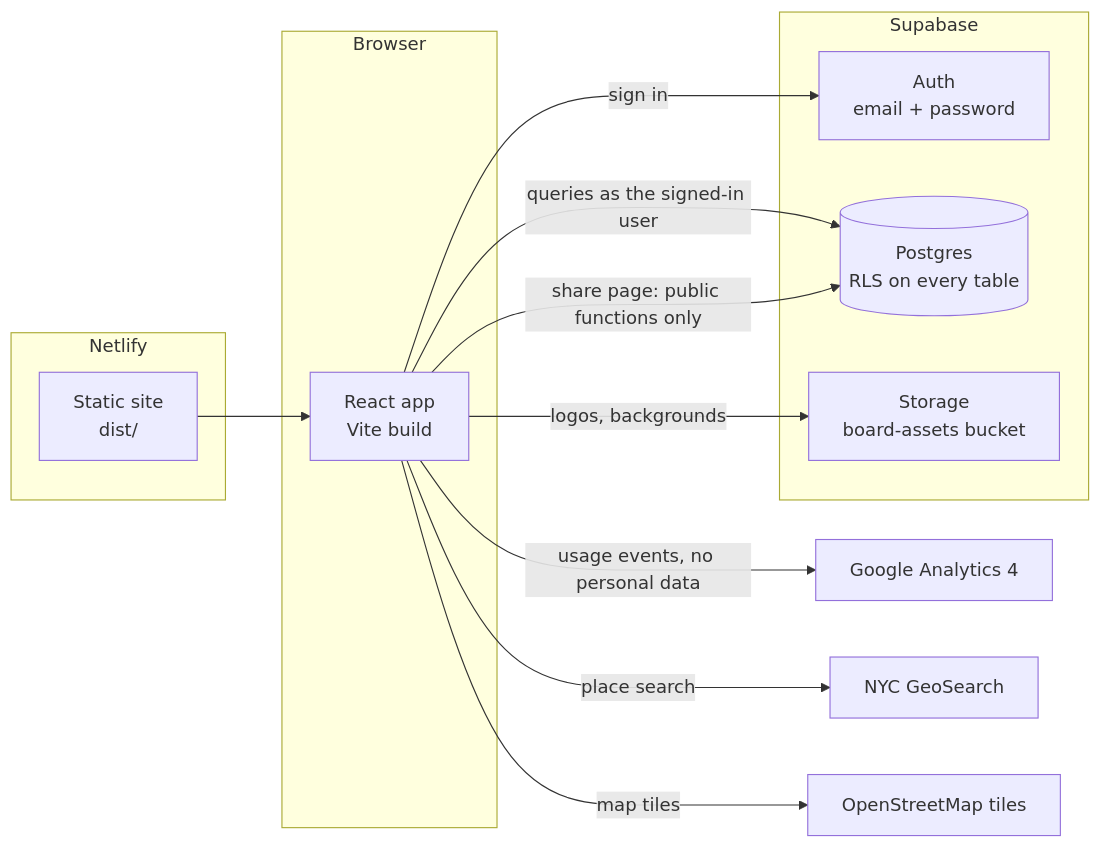
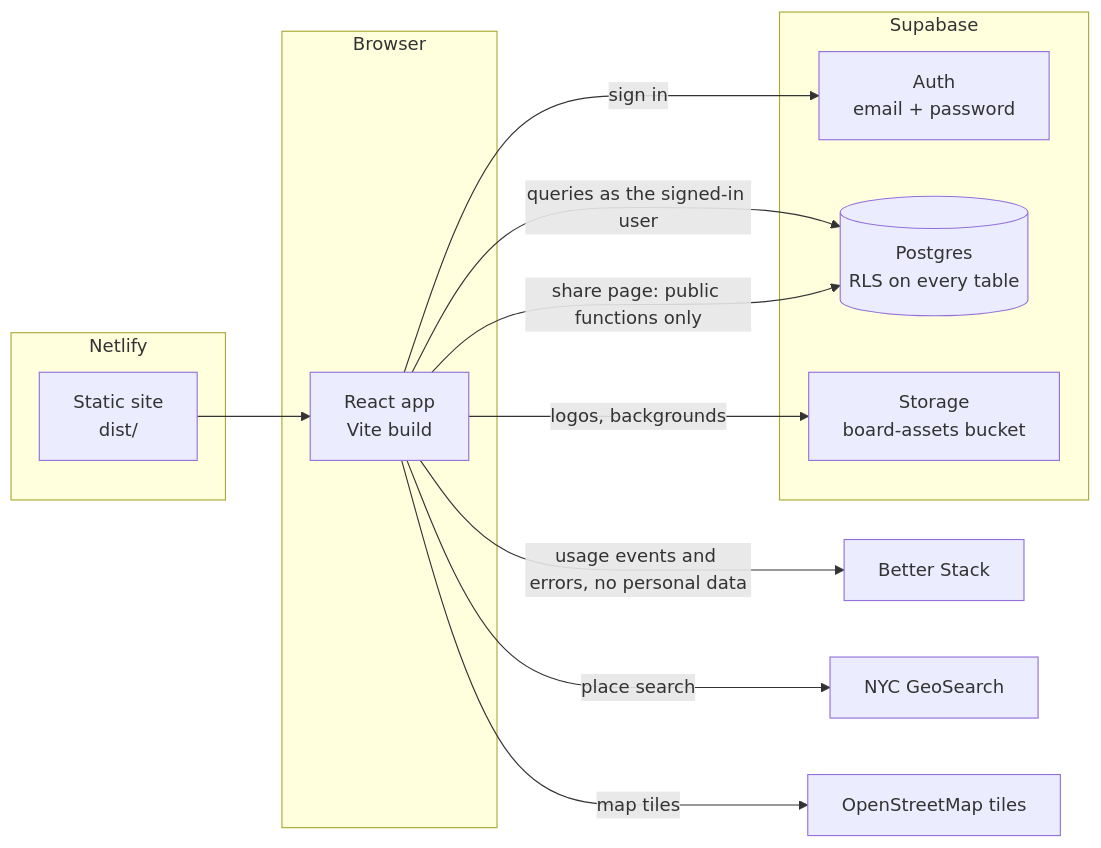
The diagram in docs/architecture.md (rachichi/loopback), drawn with Mermaid before and after one commit. The commit also changed other lines of this file and 6 other files, not shown here.

First line of the commit message:
Replace Google Analytics with Better Stack analytics and error tracking (#13)

````diff
--- a/docs/architecture.md
+++ b/docs/architecture.md
@@ -7,26 +7,26 @@
 ```mermaid
 flowchart LR
   subgraph Browser
     App[React app<br/>Vite build]
   end
   subgraph Netlify
     Static[Static site<br/>dist/]
   end
   subgraph Supabase
     Auth[Auth<br/>email + password]
     PG[(Postgres<br/>RLS on every table)]
     Storage[Storage<br/>board-assets bucket]
   end
-  GA[Google Analytics 4]
+  BS[Better Stack]
   GeoSearch[NYC GeoSearch]
   OSM[OpenStreetMap tiles]
 
   Static --> App
   App -- sign in --> Auth
   App -- queries as the signed-in user --> PG
   App -- share page: public functions only --> PG
   App -- logos, backgrounds --> Storage
-  App -- usage events, no personal data --> GA
+  App -- usage events and errors, no personal data --> BS
   App -- place search --> GeoSearch
   App -- map tiles --> OSM
 ```
````
